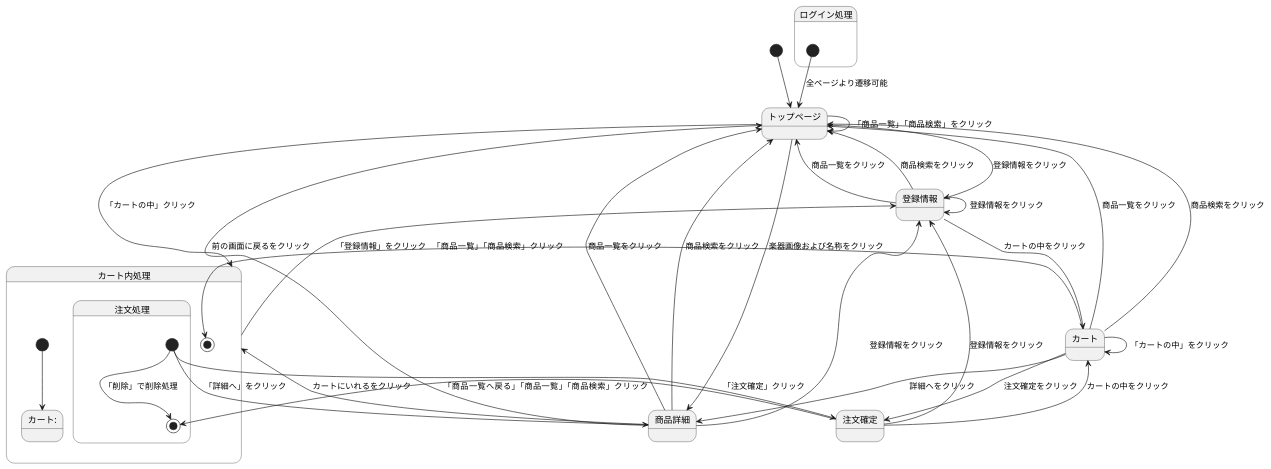
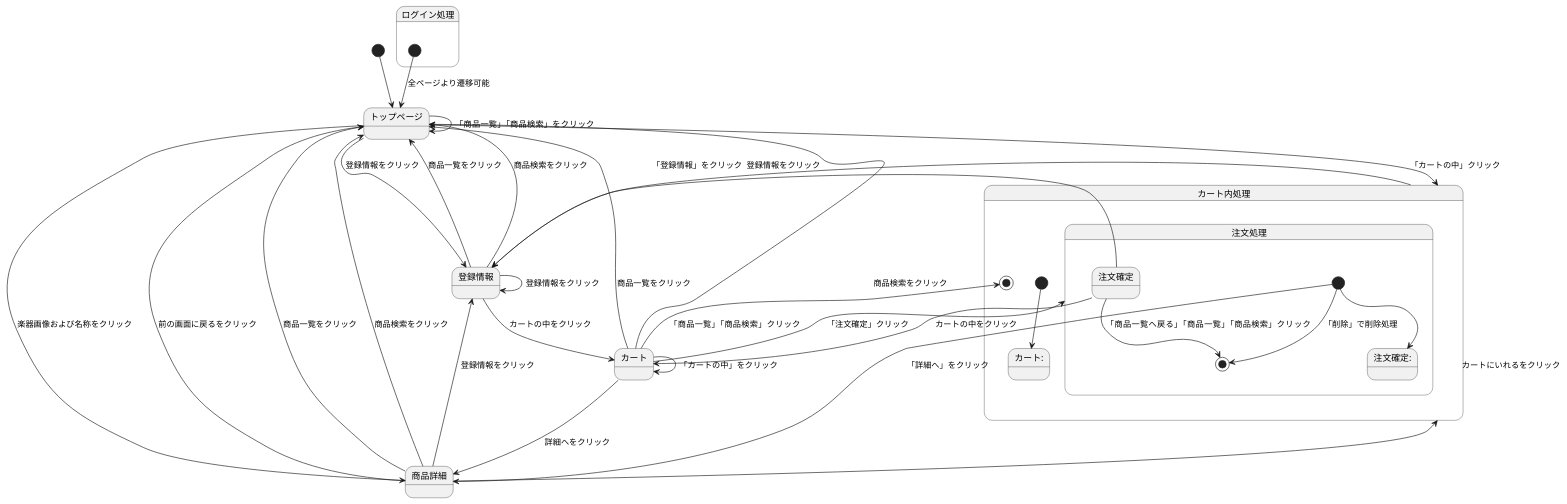
One commit to Aso2001374/2021sys-design changed the third of 3 diagrams in stm01.md. Above: the diagram before and after it, drawn with PlantUML.

````diff
--- a/stm01.md
+++ b/stm01.md
@@ -55,53 +55,53 @@
 ```uml
 @startuml
 [*] --> トップページ
 
 トップページ--> トップページ : 「商品一覧」「商品検索」をクリック
 トップページ--> カート内処理 : 「カートの中」クリック
 トップページ--> 登録情報 : 登録情報をクリック
 トップページ--> 商品詳細 : 楽器画像および名称をクリック
 
 
 商品詳細--> トップページ : 前の画面に戻るをクリック
 商品詳細--> トップページ : 商品一覧をクリック
 商品詳細--> トップページ : 商品検索をクリック
 商品詳細--> 登録情報 : 登録情報をクリック
 
-カート --> 商品詳細 : 詳細へをクリック
+
 
 カート --> トップページ : 商品一覧をクリック
 カート --> トップページ : 商品検索をクリック
-
-カート-->注文確定 : 注文確定をクリック
 
 
 登録情報 --> トップページ : 商品一覧をクリック
 登録情報 --> トップページ : 商品検索をクリック
 登録情報 --> カート : カートの中をクリック
 登録情報 --> 登録情報 : 登録情報をクリック
 
 state ログイン処理{
 [*] --> トップページ : 全ページより遷移可能
 }
 
 商品詳細--> カート内処理 : カートにいれるをクリック
 
 state カート内処理{
 [*] --> カート:
+カート --> 注文処理:「注文確定」クリック
 state 注文処理{
-[*]--> 注文確定: 「注文確定」クリック
+[*]--> 注文確定: 
 [*]--> 商品詳細 : 「詳細へ」をクリック
 [*]--> [*]: 「削除」で削除処理
 注文確定--> [*]: 「商品一覧へ戻る」「商品一覧」「商品検索」クリック
 }
 注文確定 --> カート : カートの中をクリック
 注文確定 --> 登録情報 : 登録情報をクリック
 カート--> カート: 「カートの中」をクリック
+カート --> 商品詳細 : 詳細へをクリック
 カート--> [*]: 「商品一覧」「商品検索」クリック
 }
 
 カート内処理--> 登録情報 : 「登録情報」をクリック
 
 
 @enduml
 ```
````
